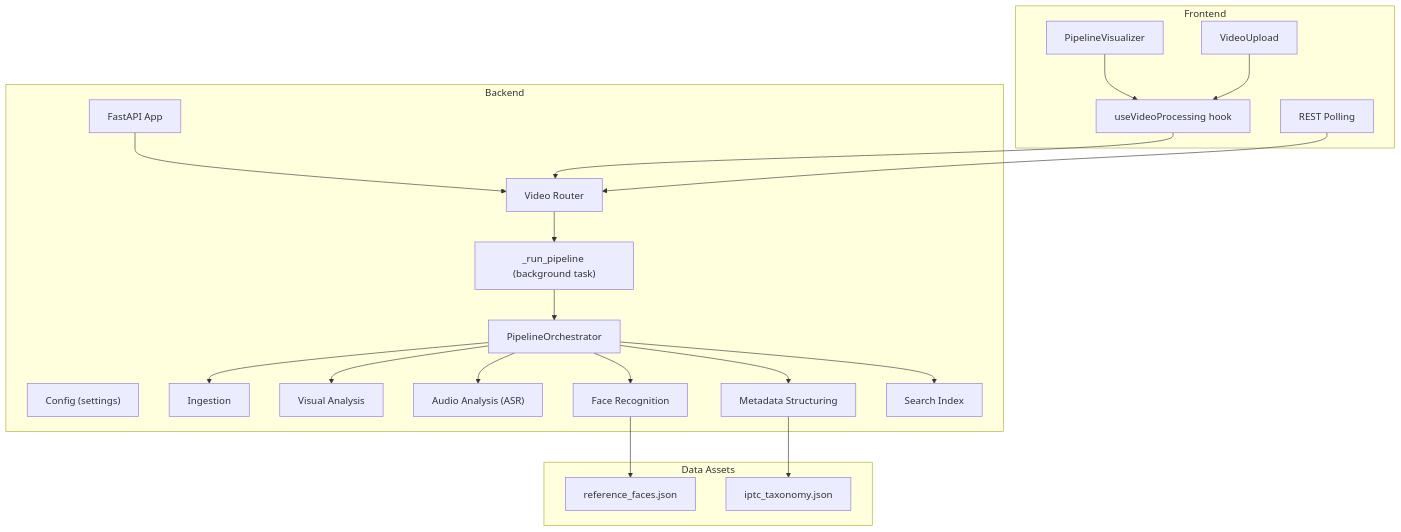
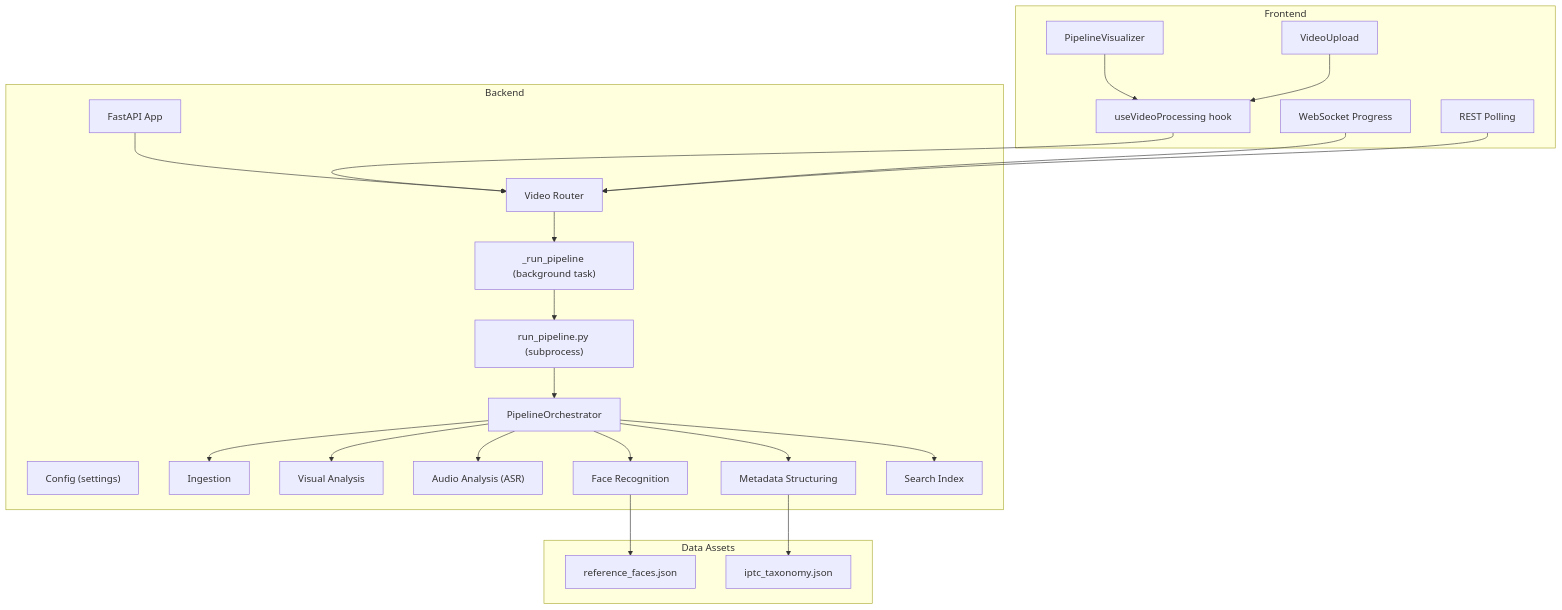
One commit to alexandreybasta-cyber/dubai-media-ai changed the first of 5 diagrams in .qoder/repowiki/en/content/Media Processing Pipeline/Media Processing Pipeline.md. Above: the diagram before and after it, drawn with Mermaid. The commit also changed other lines of this file and 28 other files, not shown here.

````diff
--- a/.qoder/repowiki/en/content/Media Processing Pipeline/Media Processing Pipeline.md
+++ b/.qoder/repowiki/en/content/Media Processing Pipeline/Media Processing Pipeline.md
@@ -53,41 +54,45 @@
 ```mermaid
 graph TB
 subgraph "Backend"
 CFG["Config (settings)"]
 ORCH["PipelineOrchestrator"]
 ST1["Ingestion"]
 ST2["Visual Analysis"]
 ST3["Audio Analysis (ASR)"]
 ST4["Face Recognition"]
 ST5["Metadata Structuring"]
 ST6["Search Index"]
 ROUTER["Video Router"]
 MAIN["FastAPI App"]
+RUNPIPE["run_pipeline.py (subprocess)"]
 ENDTASK["_run_pipeline (background task)"]
 end
 subgraph "Data Assets"
 REF["reference_faces.json"]
 IPTC["iptc_taxonomy.json"]
 end
 subgraph "Frontend"
 HOOK["useVideoProcessing hook"]
 VIS["PipelineVisualizer"]
 UP["VideoUpload"]
+WS["WebSocket Progress"]
 POLL["REST Polling"]
 end
 MAIN --> ROUTER
 ROUTER --> ENDTASK
-ENDTASK --> ORCH
+ENDTASK --> RUNPIPE
+RUNPIPE --> ORCH
 ORCH --> ST1
 ORCH --> ST2
 ORCH --> ST3
 ORCH --> ST4
 ORCH --> ST5
 ORCH --> ST6
 ST4 --> REF
 ST5 --> IPTC
 HOOK --> ROUTER
 VIS --> HOOK
 UP --> HOOK
+WS --> ROUTER
 POLL --> ROUTER
 ```
````
